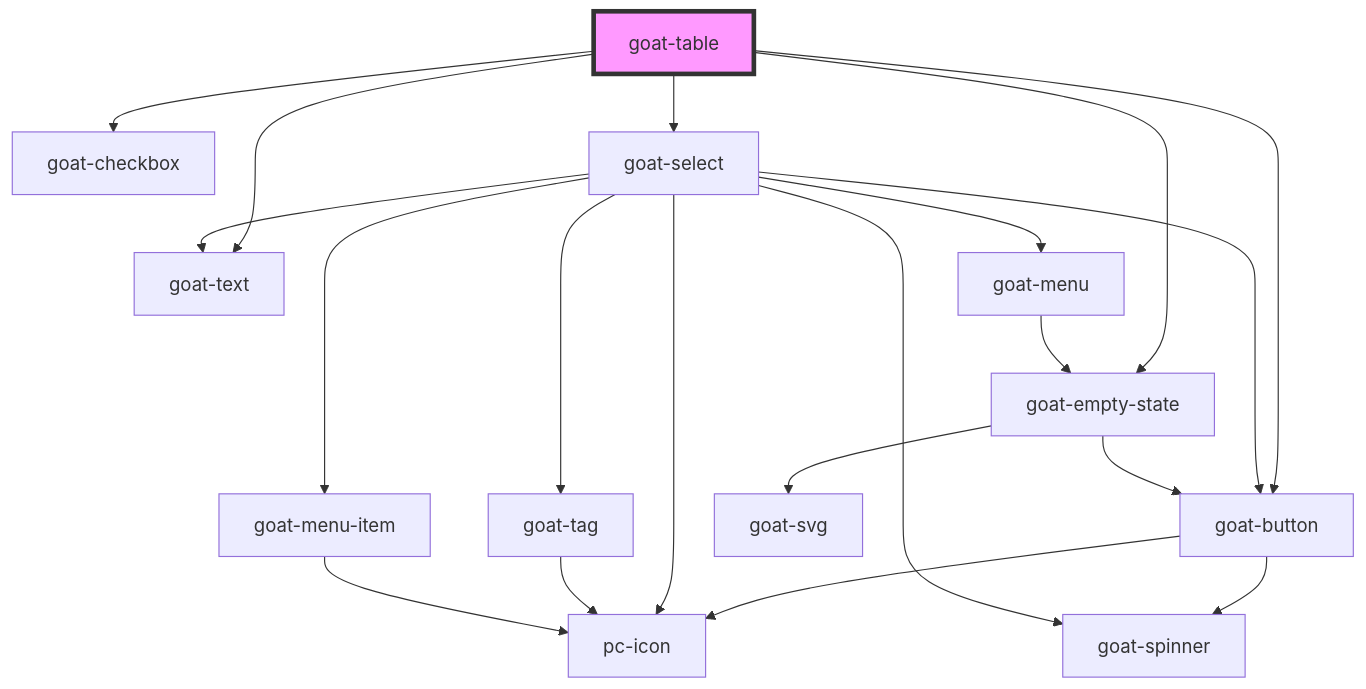
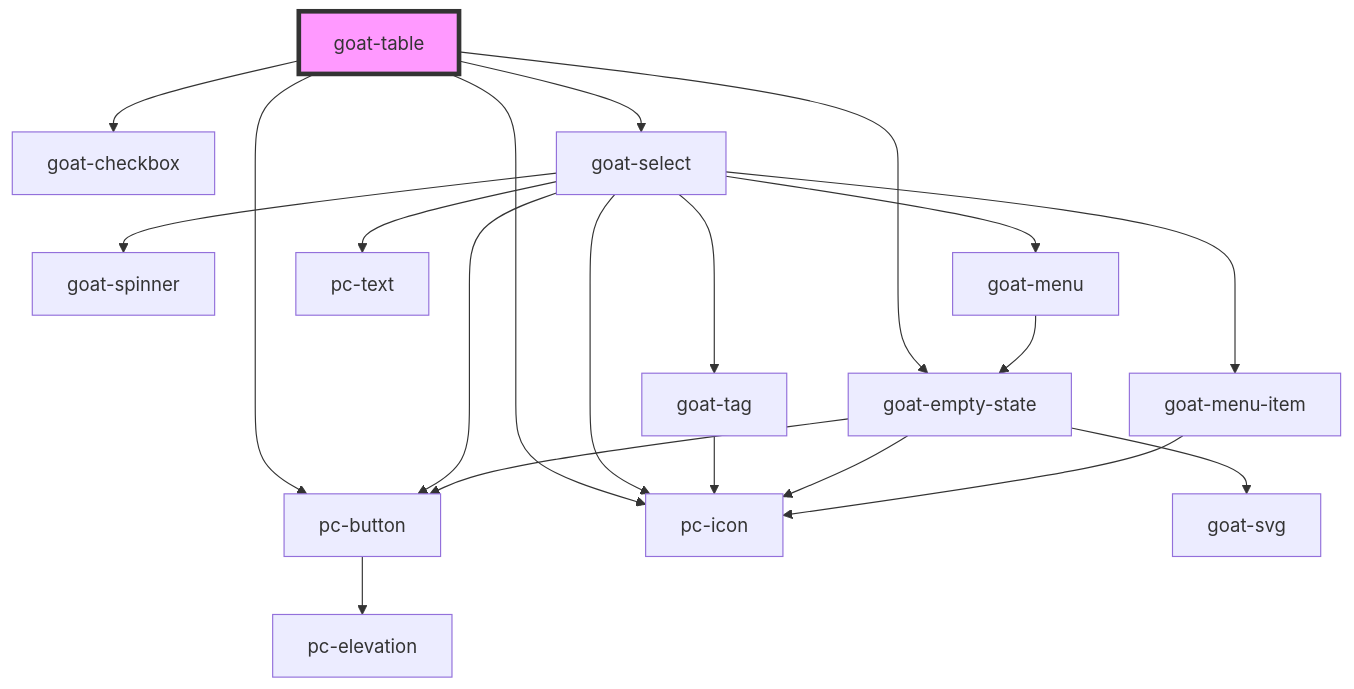
Before and after one commit to redvars/peacock: the diagram in src/components/table/readme.md, drawn with Mermaid. The commit also changed other lines of this file and 280 other files, not shown here.

````diff
--- a/src/components/table/readme.md
+++ b/src/components/table/readme.md
@@ -51,23 +51,23 @@
 ```mermaid
 graph TD;
   goat-table --> goat-checkbox
-  goat-table --> goat-button
+  goat-table --> pc-button
+  goat-table --> pc-icon
   goat-table --> goat-select
-  goat-table --> goat-text
   goat-table --> goat-empty-state
-  goat-button --> goat-spinner
-  goat-button --> pc-icon
+  pc-button --> pc-elevation
   goat-select --> pc-icon
   goat-select --> goat-tag
-  goat-select --> goat-button
+  goat-select --> pc-button
   goat-select --> goat-spinner
   goat-select --> goat-menu
-  goat-select --> goat-text
+  goat-select --> pc-text
   goat-select --> goat-menu-item
   goat-tag --> pc-icon
   goat-menu --> goat-empty-state
   goat-empty-state --> goat-svg
-  goat-empty-state --> goat-button
+  goat-empty-state --> pc-button
+  goat-empty-state --> pc-icon
   goat-menu-item --> pc-icon
   style goat-table fill:#f9f,stroke:#333,stroke-width:4px
 ```
````
